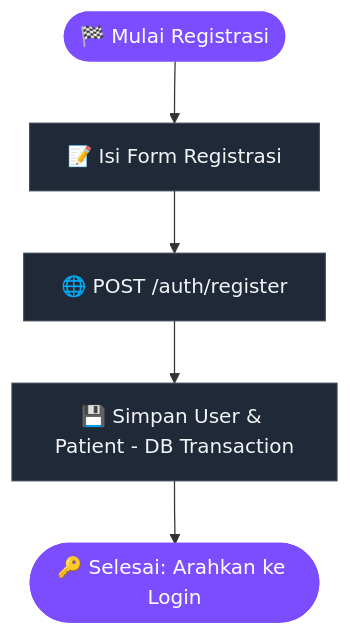
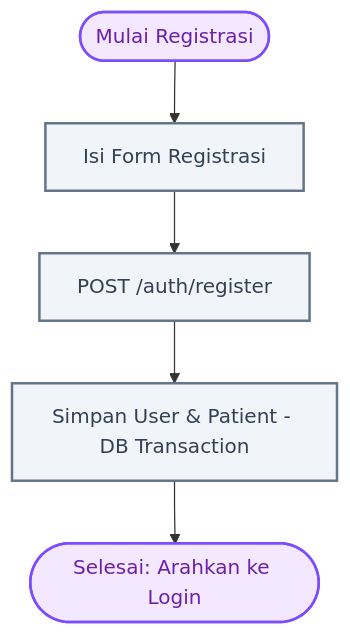
The first of 10 diagrams in dokumentasi/ALUR_BISNIS.md (Rezi14/NalaSeva-Mobile-Test), drawn with Mermaid before and after one commit. The commit also changed other lines of this file and 1 other file, not shown here.

````diff
--- a/dokumentasi/ALUR_BISNIS.md
+++ b/dokumentasi/ALUR_BISNIS.md
@@ -23,11 +23,13 @@
 ```mermaid
 flowchart TD
-    classDef default fill:#1f2937,stroke:#374151,stroke-width:1px,color:#f3f4f6;
-    classDef startEnd fill:#7c4dff,stroke:#7c4dff,color:#fff;
-    classDef decision fill:#3b82f6,stroke:#3b82f6,color:#fff;
+    classDef startEnd fill:#f3e8ff,stroke:#7c4dff,stroke-width:2px,color:#6b21a8;
+    classDef decision fill:#e0f2fe,stroke:#0284c7,stroke-width:2px,color:#0369a1;
+    classDef process fill:#f1f5f9,stroke:#64748b,stroke-width:2px,color:#334155;
+    classDef success fill:#dcfce7,stroke:#16a34a,stroke-width:2px,color:#14532d;
+    classDef fail fill:#fee2e2,stroke:#dc2626,stroke-width:2px,color:#7f1d1d;
 
-    Start([🏁 Mulai Registrasi]):::startEnd --> RegForm[📝 Isi Form Registrasi]
-    RegForm --> RegAPI[🌐 POST /auth/register]
-    RegAPI --> DBTrans[💾 Simpan User & Patient - DB Transaction]
-    DBTrans --> Done([🔑 Selesai: Arahkan ke Login]):::startEnd
+    Start([Mulai Registrasi]):::startEnd --> RegForm[Isi Form Registrasi]:::process
+    RegForm --> RegAPI[POST /auth/register]:::process
+    RegAPI --> DBTrans[Simpan User & Patient - DB Transaction]:::process
+    DBTrans --> Done([Selesai: Arahkan ke Login]):::startEnd
 ```
````
